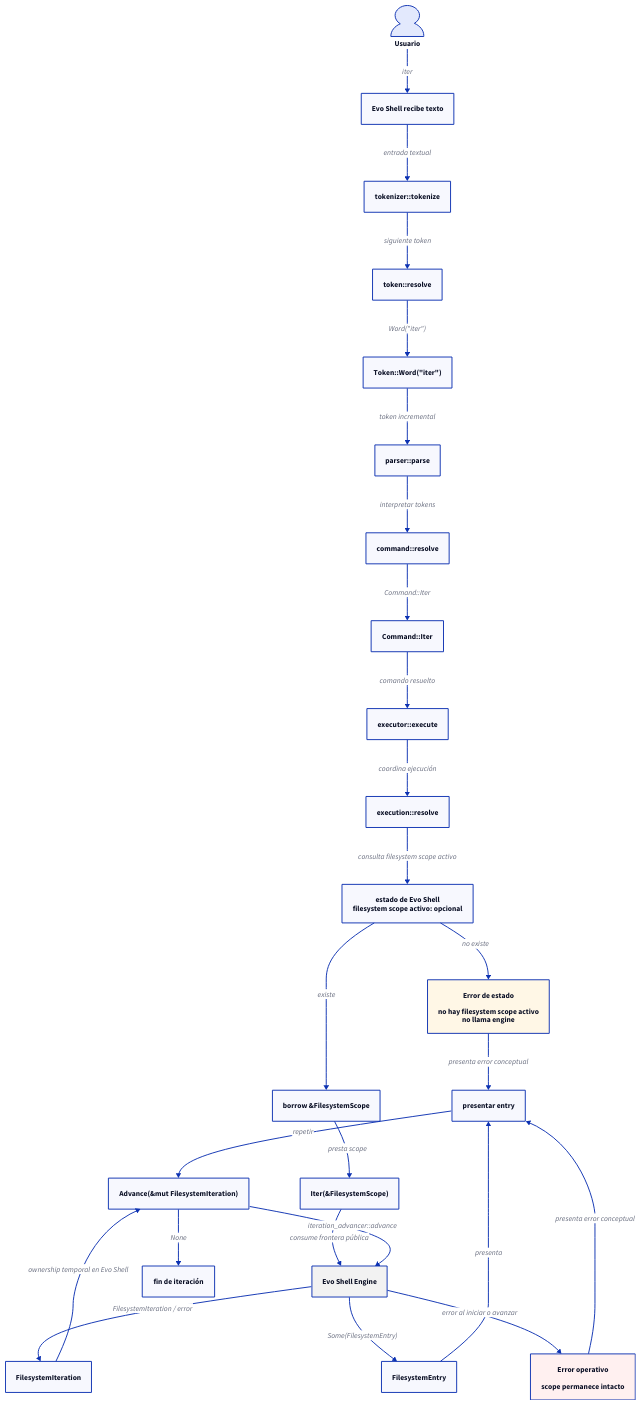
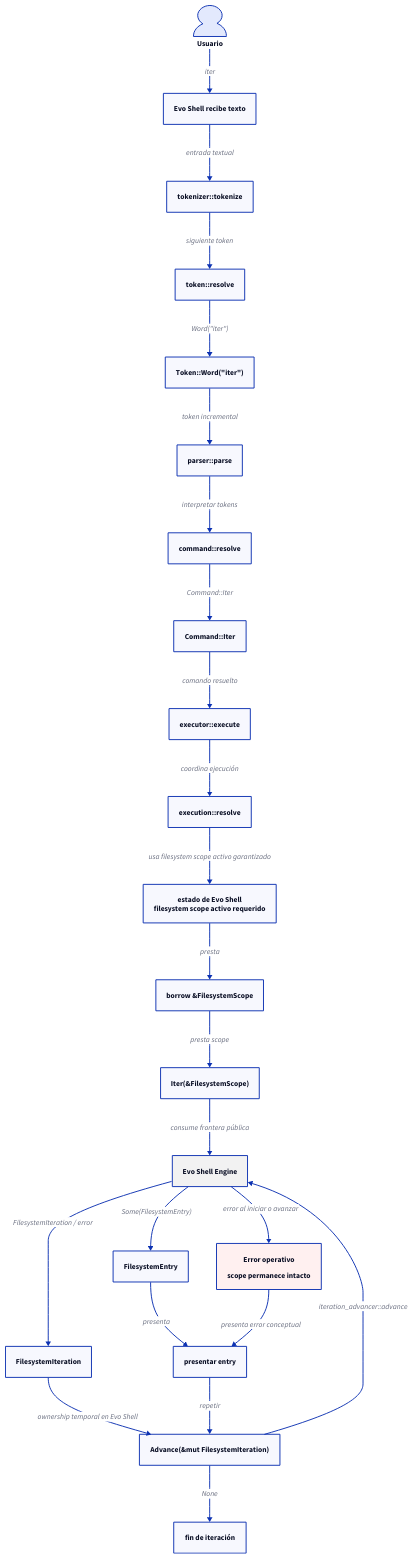
Before and after one commit to niqel/evolution: the diagram in evo-shell/technical_documentation/use_cases/UC-002-iterate-filesystem-scope-command/sequence.d2, drawn with D2. The commit also changed 13 other files, not shown here.

Commit message:
docs: require initial filesystem scope

```diff
--- a/evo-shell/technical_documentation/use_cases/UC-002-iterate-filesystem-scope-command/sequence.d2
+++ b/evo-shell/technical_documentation/use_cases/UC-002-iterate-filesystem-scope-command/sequence.d2
@@ -1,115 +1,106 @@
 direction: down
 
 usuario: "Usuario" {
   shape: person
 }
 
 evo_shell: "Evo Shell recibe texto" {
   shape: rectangle
 }
 
 tokenizer: "tokenizer::tokenize" {
   shape: rectangle
 }
 
 token_resolver: "token::resolve" {
   shape: rectangle
 }
 
 word_token: "Token::Word(\"iter\")" {
   shape: rectangle
 }
 
 parser: "parser::parse" {
   shape: rectangle
 }
 
 command_resolver: "command::resolve" {
   shape: rectangle
 }
 
 command: "Command::Iter" {
   shape: rectangle
 }
 
 executor: "executor::execute" {
   shape: rectangle
 }
 
 execution_resolver: "execution::resolve" {
   shape: rectangle
 }
 
-shell_state: "estado de Evo Shell\nfilesystem scope activo: opcional" {
+shell_state: "estado de Evo Shell\nfilesystem scope activo requerido" {
   shape: rectangle
-}
-
-no_scope: "Error de estado\n\nno hay filesystem scope activo\nno llama engine" {
-  shape: rectangle
-  style.fill: "#fff7e6"
 }
 
 borrow_scope: "borrow &FilesystemScope" {
   shape: rectangle
 }
 
 iter_use_case: "Iter(&FilesystemScope)" {
   shape: rectangle
 }
 
 engine: "Evo Shell Engine" {
   shape: rectangle
   style.fill: "#f2f2f2"
 }
 
 iteration: "FilesystemIteration" {
   shape: rectangle
 }
 
 advance: "Advance(&mut FilesystemIteration)" {
   shape: rectangle
 }
 
 entry: "FilesystemEntry" {
   shape: rectangle
 }
 
 presentation: "presentar entry" {
   shape: rectangle
 }
 
 end: "fin de iteración" {
   shape: rectangle
 }
 
 operational_error: "Error operativo\n\nscope permanece intacto" {
   shape: rectangle
   style.fill: "#fff0f0"
 }
 
 usuario -> evo_shell: "iter"
 evo_shell -> tokenizer: "entrada textual"
 tokenizer -> token_resolver: "siguiente token"
 token_resolver -> word_token: "Word(\"iter\")"
 word_token -> parser: "token incremental"
 parser -> command_resolver: "interpretar tokens"
 command_resolver -> command: "Command::Iter"
 command -> executor: "comando resuelto"
 executor -> execution_resolver: "coordina ejecución"
-execution_resolver -> shell_state: "consulta filesystem scope activo"
-
-shell_state -> no_scope: "no existe"
-no_scope -> presentation: "presenta error conceptual"
-
-shell_state -> borrow_scope: "existe"
+execution_resolver -> shell_state: "usa filesystem scope activo garantizado"
+shell_state -> borrow_scope: "presta"
 borrow_scope -> iter_use_case: "presta scope"
 iter_use_case -> engine: "consume frontera pública"
 engine -> iteration: "FilesystemIteration / error"
 iteration -> advance: "ownership temporal en Evo Shell"
 advance -> engine: "iteration_advancer::advance"
 engine -> entry: "Some(FilesystemEntry)"
 entry -> presentation: "presenta"
 presentation -> advance: "repetir"
 advance -> end: "None"
 engine -> operational_error: "error al iniciar o avanzar"
 operational_error -> presentation: "presenta error conceptual"
```
